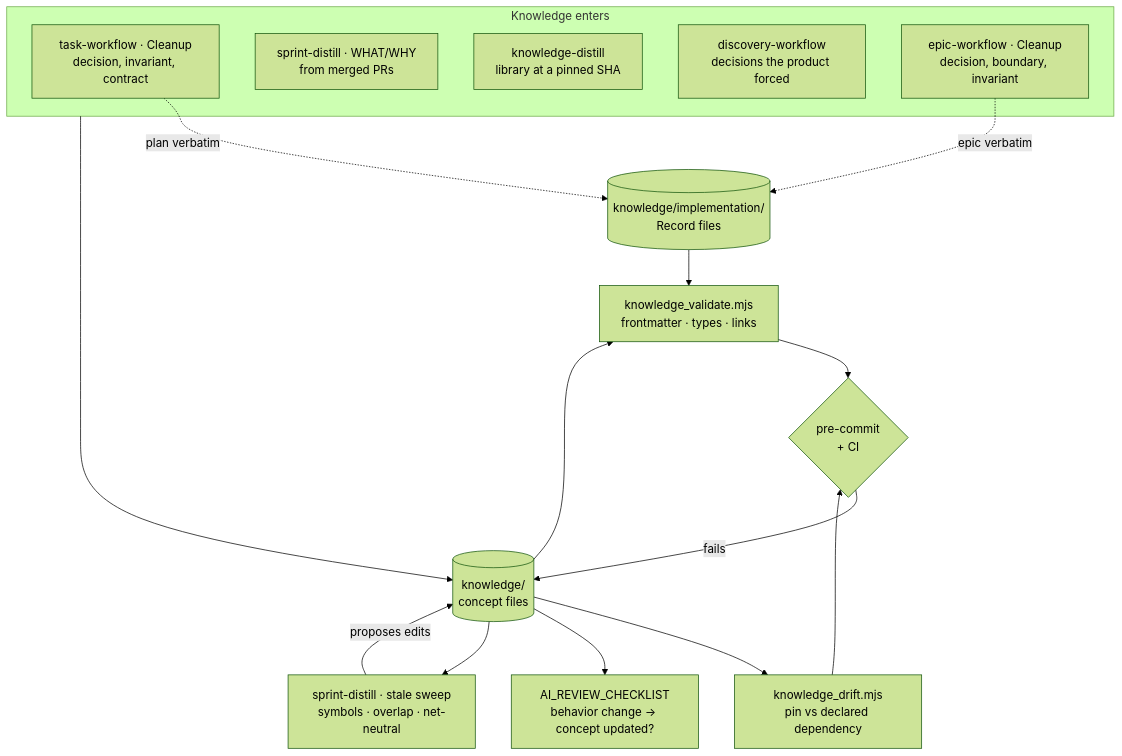
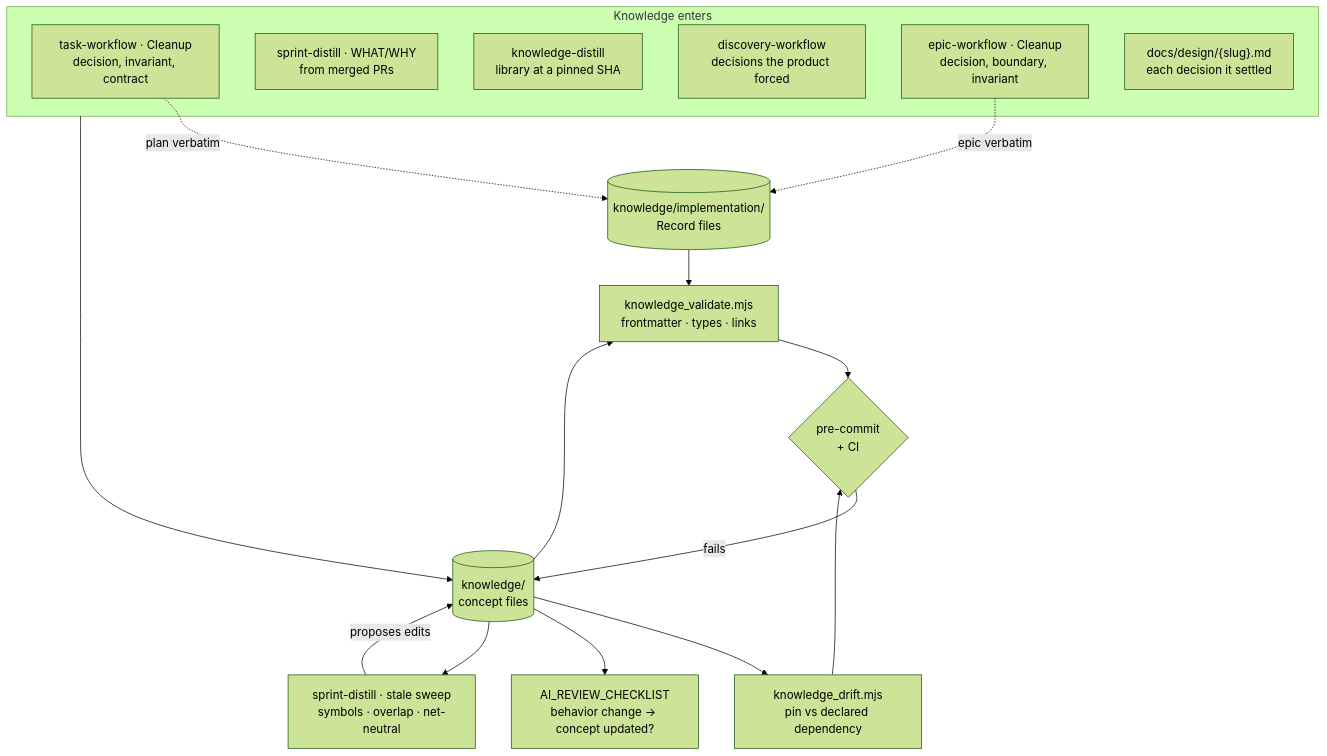
One commit to tammai/bigin-skills changed the diagram in docs/KNOWLEDGE.md. Above: the diagram before and after it, drawn with Mermaid (forest theme). The commit also changed other lines of this file and 12 other files, not shown here.

````diff
--- a/docs/KNOWLEDGE.md
+++ b/docs/KNOWLEDGE.md
@@ -108,25 +108,26 @@
 ```mermaid
 flowchart TD
     subgraph in["Knowledge enters"]
         A["task-workflow · Cleanup<br/>decision, invariant, contract"]
         B["sprint-distill · WHAT/WHY<br/>from merged PRs"]
         C["knowledge-distill<br/>library at a pinned SHA"]
         E["discovery-workflow<br/>decisions the product forced"]
         F["epic-workflow · Cleanup<br/>decision, boundary, invariant"]
+        DD["docs/design/{slug}.md<br/>each decision it settled"]
     end
 
     in --> K[("knowledge/<br/>concept files")]
     A -.->|"plan verbatim"| L[("knowledge/implementation/<br/>Record files")]
     F -.->|"epic verbatim"| L
     L --> V
 
     K --> V["knowledge_validate.mjs<br/>frontmatter · types · links"]
     K --> D["knowledge_drift.mjs<br/>pin vs declared dependency"]
     V --> G{"pre-commit<br/>+ CI"}
     D --> G
     G -->|fails| K
 
     K --> R["AI_REVIEW_CHECKLIST<br/>behavior change → concept updated?"]
     K --> S["sprint-distill · stale sweep<br/>symbols · overlap · net-neutral"]
     S -->|proposes edits| K
 ```
````
